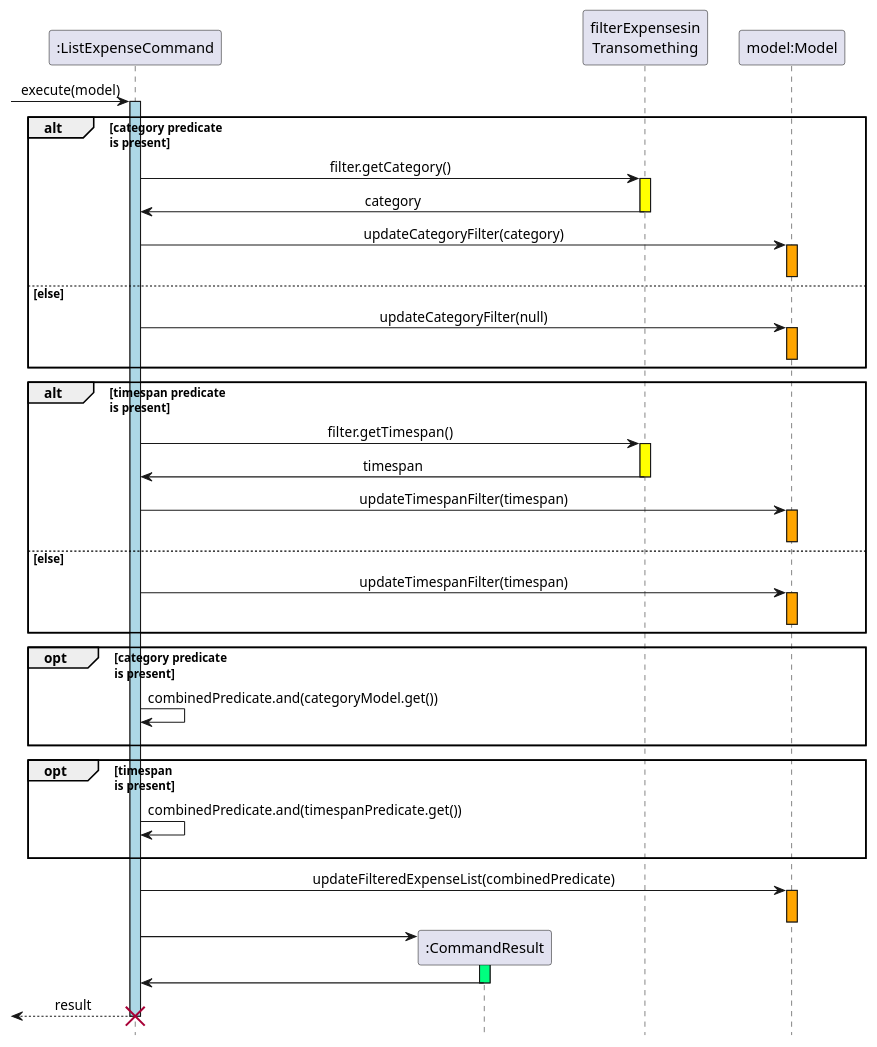
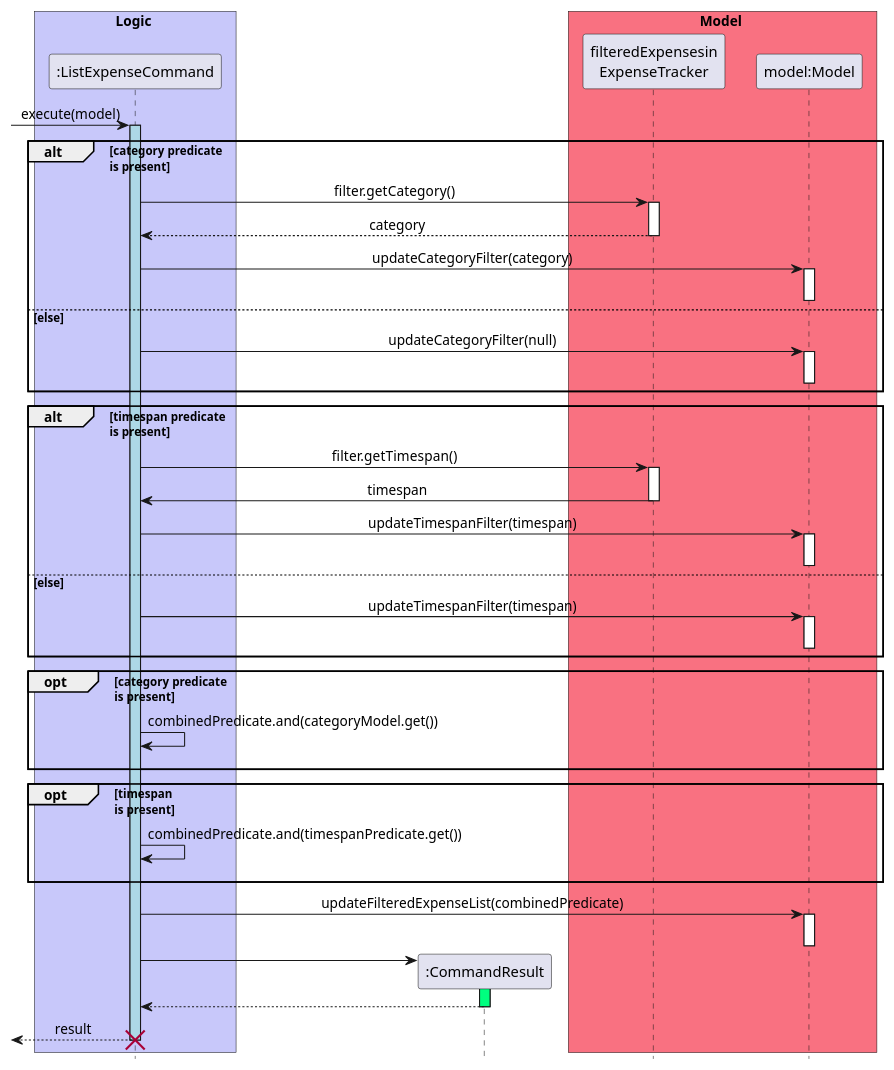
One commit to nus-cs2103-AY2223S2/tp changed the diagram in uml/sequence_diagrams/list_expenses_command.puml. Above: the diagram before and after it, drawn with PlantUML. The commit also changed 23 other files, not shown here.

Commit message:
Fix sequence diagram inconsistencies

```diff
--- a/uml/sequence_diagrams/list_expenses_command.puml
+++ b/uml/sequence_diagrams/list_expenses_command.puml
@@ -1,75 +1,82 @@
-@startuml  list_expense_command
+@startuml  ListExpensesSequenceDiagram
 
 hide footbox
 skinparam MinClassWidth 50
 skinparam ParticipantPadding 10
 skinparam Shadowing false
 skinparam DefaultTextAlignment center
 skinparam packageStyle Rectangle
 
+
+box Model #F97181
+participant "model:Model" as Model order 4
+participant "filteredExpensesin\nExpenseTracker" as filterModel order 3
+end box
+
+box Logic #C8C8FA
 participant ":ListExpenseCommand" as ListExpenseCommand  order 1
-participant "model:Model" as Model order 4
-participant "filterExpensesin\nTransomething" as filterModel order 3
+end box
 participant ":CommandResult" as CommandResult order 2
+
 [-> ListExpenseCommand : execute(model)
 activate ListExpenseCommand #LightBlue
 alt category predicate \nis present
     ListExpenseCommand -> filterModel : filter.getCategory()
-    activate filterModel #Yellow
-    filterModel -> ListExpenseCommand : category
+    activate filterModel 
+    filterModel --> ListExpenseCommand : category
     deactivate filterModel
     ListExpenseCommand -> Model: updateCategoryFilter(category)
-    activate Model #Orange
+    activate Model 
     deactivate Model
 else else
     ListExpenseCommand -> Model: updateCategoryFilter(null)
-    activate Model #Orange
+    activate Model
     deactivate Model
 end
 
 alt timespan predicate \nis present
     ListExpenseCommand -> filterModel : filter.getTimespan()
-    activate filterModel #Yellow
+    activate filterModel
     filterModel -> ListExpenseCommand : timespan
     deactivate filterModel
     ListExpenseCommand -> Model: updateTimespanFilter(timespan)
-    activate Model #Orange
+    activate Model
     deactivate Model
 else else
     ListExpenseCommand -> Model: updateTimespanFilter(timespan)
-    activate Model #Orange
+    activate Model 
     deactivate Model
 end
 
 opt category predicate \nis present
     ListExpenseCommand -> ListExpenseCommand : combinedPredicate.and(categoryModel.get())
     ListExpenseCommand -[hidden]-> Model
 end
 
 opt timespan \nis present
     ListExpenseCommand -> ListExpenseCommand : combinedPredicate.and(timespanPredicate.get())
     ListExpenseCommand -[hidden]-> Model
 end
 
 
 ListExpenseCommand -> Model : updateFilteredExpenseList(combinedPredicate) 
-activate Model #Orange
+activate Model 
 deactivate Model
 create CommandResult
 ListExpenseCommand -> CommandResult 
 
 activate CommandResult #SpringGreen
-CommandResult -> ListExpenseCommand
+CommandResult --> ListExpenseCommand
 deactivate CommandResult
 [<--ListExpenseCommand : result
 deactivate ListExpenseCommand
 destroy ListExpenseCommand
 hide footbox
 skinparam MinClassWidth 50
 skinparam ParticipantPadding 10
 skinparam Shadowing false
 skinparam DefaultTextAlignment center
 skinparam packageStyle Rectangle
 
 
 @enduml
```
